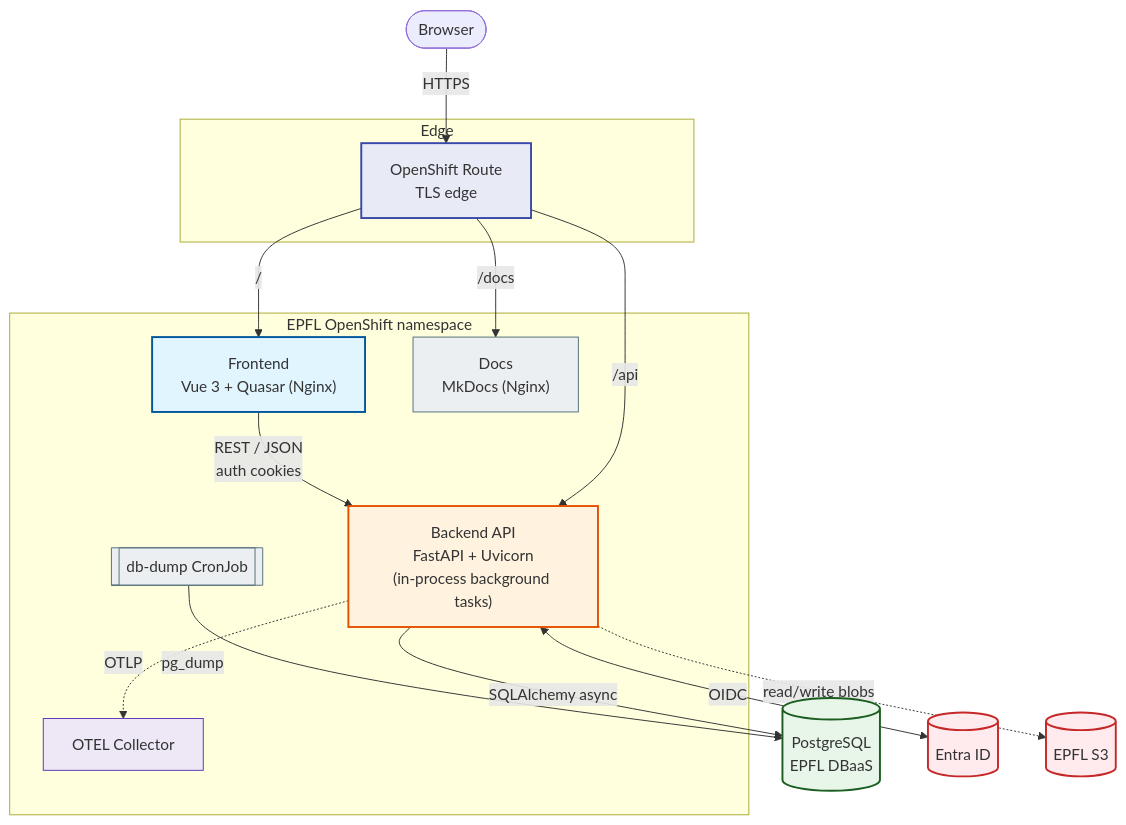
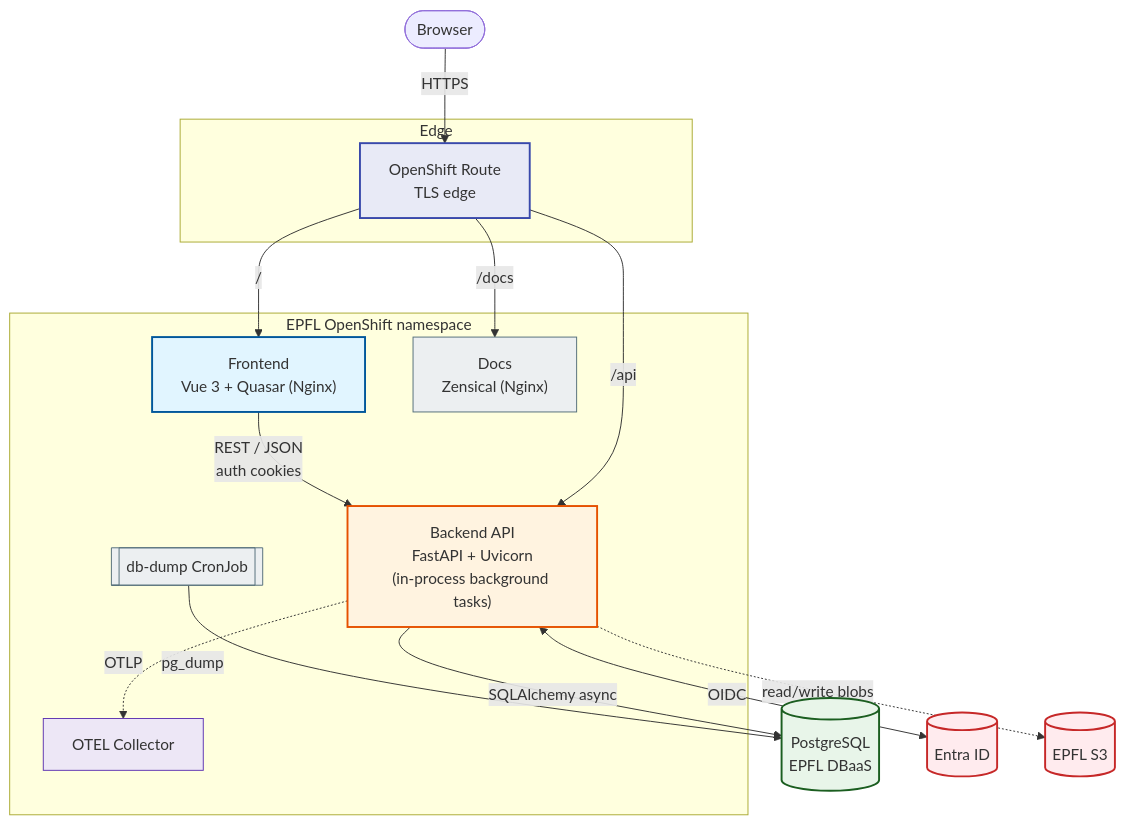
One commit to EPFL-ENAC/co2-calculator changed the second of 3 diagrams in docs/src/architecture/02-system-overview.md. Above: the diagram before and after it, drawn with Mermaid. The commit also changed other lines of this file and 34 other files, not shown here.

````diff
--- a/docs/src/architecture/02-system-overview.md
+++ b/docs/src/architecture/02-system-overview.md
@@ -143,47 +143,47 @@
 ```mermaid
 flowchart TB
     Browser([Browser])
 
     subgraph Edge["Edge"]
         Route[OpenShift Route<br/>TLS edge]
     end
 
     subgraph OCP["EPFL OpenShift namespace"]
         FE["Frontend<br/>Vue 3 + Quasar (Nginx)"]
         BE["Backend API<br/>FastAPI + Uvicorn<br/>(in-process background tasks)"]
-        Docs["Docs<br/>MkDocs (Nginx)"]
+        Docs["Docs<br/>Zensical (Nginx)"]
         Otel["OTEL Collector"]
         DBDump[[db-dump CronJob]]
     end
 
     PG[(PostgreSQL<br/>EPFL DBaaS)]
     Entra[(Entra ID)]
     S3[(EPFL S3)]
 
     Browser -->|HTTPS| Route
     Route -->|/| FE
     Route -->|/api| BE
     Route -->|/docs| Docs
     FE -->|REST / JSON<br/>auth cookies| BE
     BE <-->|OIDC| Entra
     BE -->|SQLAlchemy async| PG
     BE -.->|read/write blobs| S3
     BE -.->|OTLP| Otel
     DBDump -->|pg_dump| PG
 
     classDef fe fill:#e1f5ff,stroke:#01579b,stroke-width:2px
     classDef be fill:#fff3e0,stroke:#e65100,stroke-width:2px
     classDef data fill:#e8f5e9,stroke:#1b5e20,stroke-width:2px
     classDef ext fill:#ffebee,stroke:#c62828,stroke-width:2px
     classDef edge fill:#e8eaf6,stroke:#3949ab,stroke-width:2px
     classDef docs fill:#eceff1,stroke:#546e7a,stroke-width:1px
     classDef mon fill:#ede7f6,stroke:#5e35b1,stroke-width:1px
     class FE fe
     class BE be
     class Docs docs
     class Otel mon
     class DBDump docs
     class PG data
     class Entra,S3 ext
     class Route edge
 ```
````
